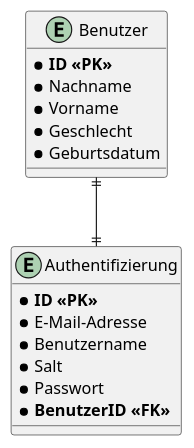
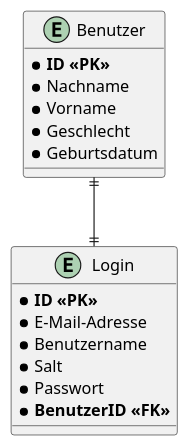
The diagram in designs/TrainHarder.puml (justinhada/TrainHarder), drawn with PlantUML before and after one commit.

Commit message:
Korrigiere Bezeichnung

```diff
--- a/designs/TrainHarder.puml
+++ b/designs/TrainHarder.puml
@@ -1,22 +1,22 @@
 @startuml
-entity Authentifizierung
+entity Login
 {
     * **ID <<PK>>**
     * E-Mail-Adresse
     * Benutzername
     * Salt
     * Passwort
     * **BenutzerID <<FK>>**
 }
 
 entity Benutzer
 {
     * **ID <<PK>>**
     * Nachname
     * Vorname
     * Geschlecht
     * Geburtsdatum
 }
 
-Benutzer ||--|| Authentifizierung
+Benutzer ||--|| Login
 @enduml
```
